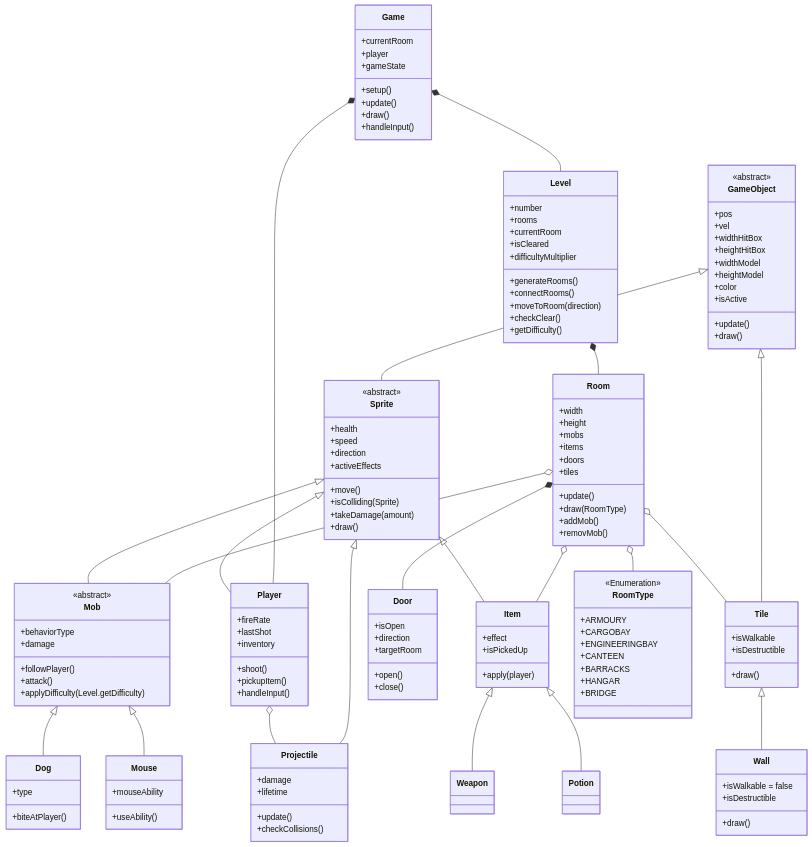
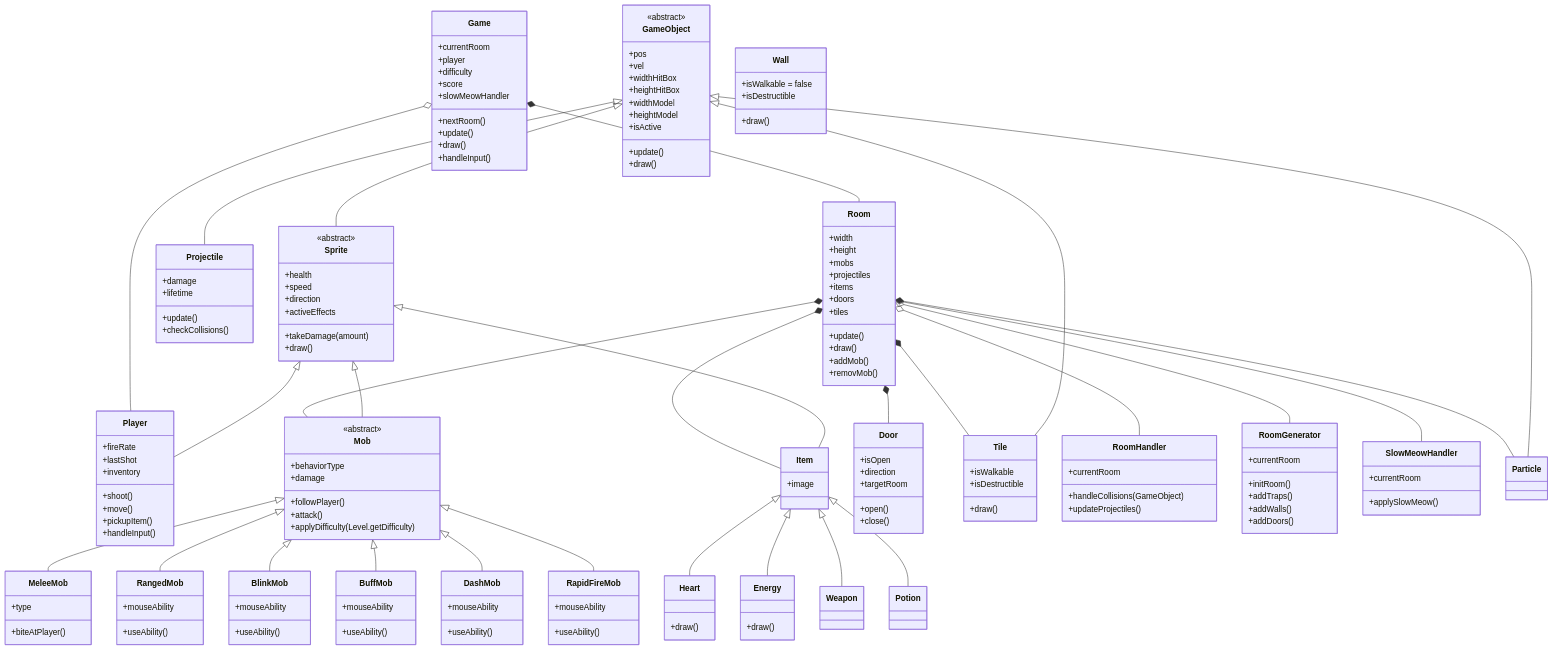
Before and after one commit to UoB-COMSM0166/2025-group-28: the diagram in projdocs/Design Artefacts/class-diagram/UML.mermaid, drawn with Mermaid.

```diff
--- a/projdocs/Design Artefacts/class-diagram/UML.mermaid
+++ b/projdocs/Design Artefacts/class-diagram/UML.mermaid
@@ -1,166 +1,186 @@
 classDiagram
     class Game {
         +currentRoom
         +player
-        +gameState
-        +setup()
+        +difficulty
+        +score
+        +slowMeowHandler
+        +nextRoom()
         +update()
         +draw()
         +handleInput()
     }
 
     class GameObject {
         <<abstract>>
         +pos
         +vel
         +widthHitBox
         +heightHitBox
         +widthModel
         +heightModel
-        +color
         +isActive
         +update()
         +draw()
     }
 
     class Sprite {
         <<abstract>>
         +health
         +speed
         +direction
         +activeEffects
-        +move()
-        +isColliding(Sprite)
         +takeDamage(amount)
         +draw()
     }
 
     class Player {
         +fireRate
         +lastShot
         +inventory
         +shoot()
+        +move()
         +pickupItem()
         +handleInput()
     }
 
     class Mob {
         <<abstract>>
         +behaviorType
         +damage
         +followPlayer()
         +attack()
         +applyDifficulty(Level.getDifficulty)
     }
 
-    class Dog {
+    class MeleeMob {
         +type
         +biteAtPlayer()
     }
 
-    class Mouse {
+    class RangedMob {
+        +mouseAbility
+        +useAbility()
+    }
+
+    class BlinkMob {
+        +mouseAbility
+        +useAbility()
+    }
+
+    class BuffMob {
+        +mouseAbility
+        +useAbility()
+    }
+
+    class DashMob {
+        +mouseAbility
+        +useAbility()
+    }
+
+    class RapidFireMob {
         +mouseAbility
         +useAbility()
     }
 
     class Item {
-        +effect
-        +isPickedUp
-        +apply(player)
+        +image
+    }
+
+    class Heart {
+        +draw()
+    }
+
+    class Energy {
+        +draw()
     }
 
     class Projectile {
         +damage
         +lifetime
         +update()
         +checkCollisions()
     }
 
     class Room {
         +width
         +height
         +mobs
+        +projectiles
         +items
         +doors
         +tiles
         +update()
-        +draw(RoomType)
+        +draw()
         +addMob()
         +removMob()
     }
 
     class Door {
         +isOpen
         +direction
         +targetRoom
         +open()
         +close()
     }
 
     class Tile {
         +isWalkable
         +isDestructible
         +draw()
     }
 
     class Wall {
         +isWalkable = false
         +isDestructible
         +draw()
     }
 
-
-
-    class Level {
-        +number
-        +rooms
+    class RoomHandler {
         +currentRoom
-        +isCleared
-        +difficultyMultiplier
-        +generateRooms()
-        +connectRooms()
-        +moveToRoom(direction)
-        +checkClear()
-        +getDifficulty()
+        +handleCollisions(GameObject)
+        +updateProjectiles()
     }
 
-    class RoomType {
-        <<Enumeration>>
-        +ARMOURY
-        +CARGOBAY
-        +ENGINEERINGBAY
-        +CANTEEN
-        +BARRACKS
-        +HANGAR
-        +BRIDGE
-
+    class RoomGenerator {
+        +currentRoom
+        +initRoom()
+        +addTraps()
+        +addWalls()
+        +addDoors()
     }
 
-    class Weapon {
-
+    class SlowMeowHandler {
+        +currentRoom
+        +applySlowMeow()
     }
 
-    class Potion {
-
-    }
-
-    Game *-- Level
-    Game *-- Player
-    Level *-- Room
+    Game o-- Player
+    Game *-- Room
     Room *-- Door
-    Room o-- Mob
-    Room o-- Item
-    GameObject <|-- Sprite
+    Room *-- Mob
+    Room *-- Item
+    Room *-- Tile
+    Room *-- Particle
+    Room o-- SlowMeowHandler
+    Room o-- RoomHandler
+    Room o-- RoomGenerator
     Sprite <|-- Player
     Sprite <|-- Mob
     Sprite <|-- Item
-    Sprite <|-- Projectile
-    Mob <|-- Dog
-    Mob <|-- Mouse
-    Player o-- Projectile
-    Room o-- RoomType
+    Mob <|-- MeleeMob
+    Mob <|-- RangedMob
+    Mob <|-- BlinkMob
+    Mob <|-- BuffMob
+    Mob <|-- DashMob
+    Mob <|-- RapidFireMob
     GameObject <|-- Tile
-    Tile <|-- Wall
-    Room o-- Tile
+    GameObject <|-- Sprite
+    GameObject <|-- Projectile
+    GameObject <|-- Particle
+    Item <|-- Heart
+    Item <|-- Energy
+  
+
     Item <|-- Weapon
     Item <|-- Potion
```
